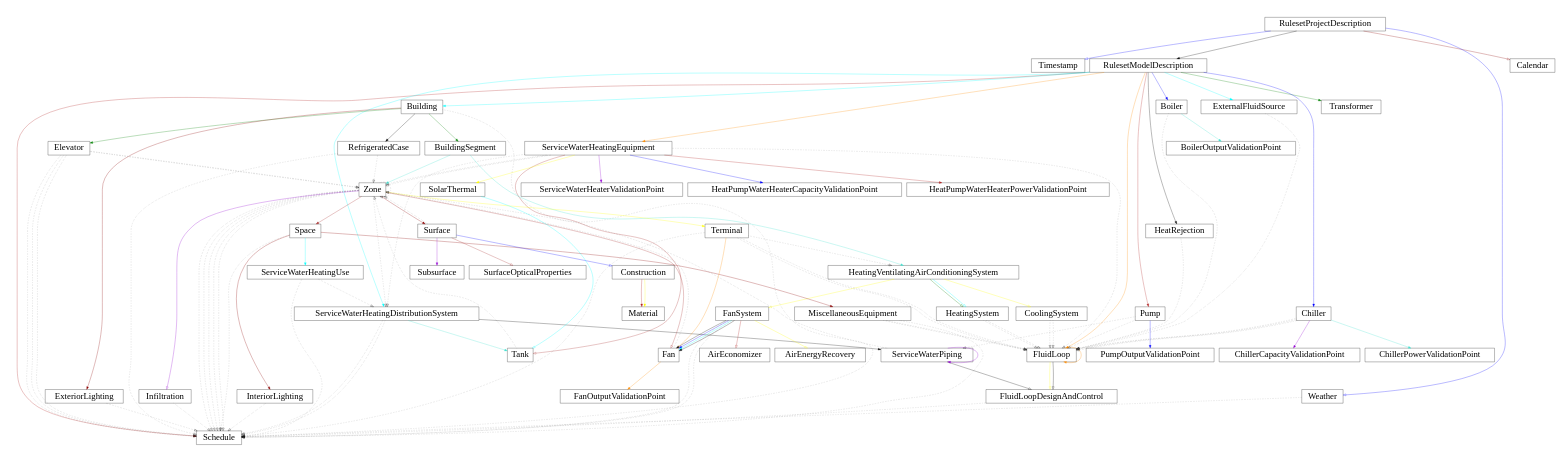
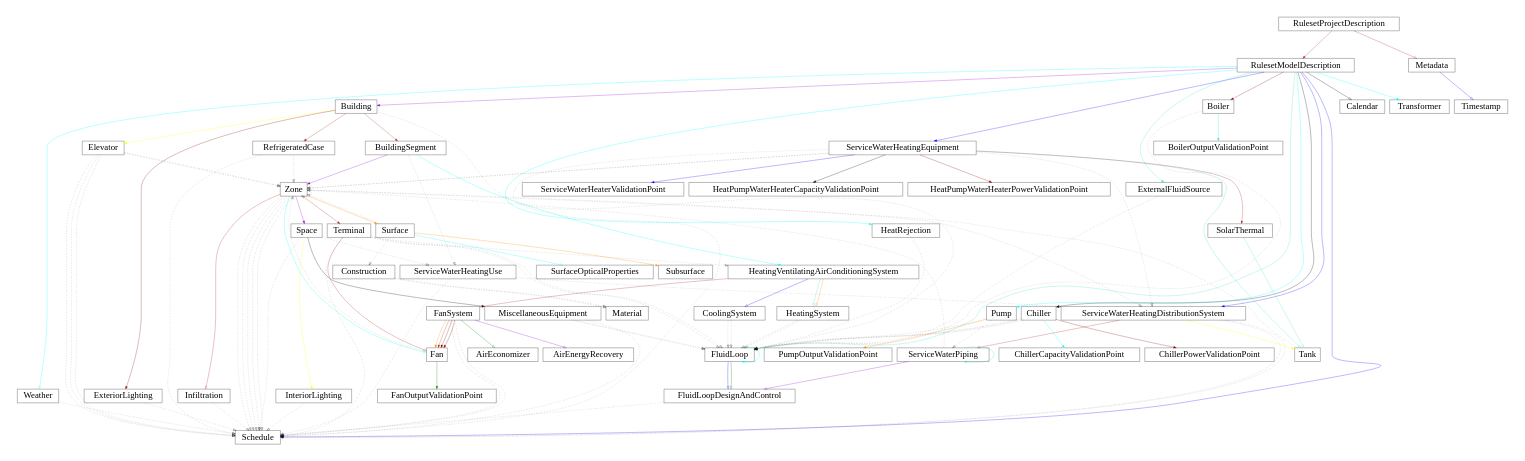
One commit to open229/ruleset-model-report-schema changed the diagram in docs229/ASHRAE229_connect.gv. Above: the diagram before and after it, drawn with Graphviz. The commit also changed 25 other files, not shown here.

```diff
--- a/docs229/ASHRAE229_connect.gv
+++ b/docs229/ASHRAE229_connect.gv
@@ -1,85 +1,88 @@
 digraph G {
     size="10, 10";
     ranksep="1.4";
-  RulesetProjectDescription -> Timestamp [arrowhead=empty color="blue"]
+  RulesetProjectDescription -> RulesetModelDescription [color="brown"]
   RulesetProjectDescription[fontsize="32" shape="box" height="0.7"]
+  RulesetModelDescription[fontsize="32" shape="box" height="0.7"]
+  RulesetProjectDescription -> Metadata [arrowhead=empty color="firebrick"]
+  Metadata[fontsize="32" shape="box" height="0.7"]
+  Metadata -> Timestamp [arrowhead=empty color="blue"]
   Timestamp[fontsize="32" shape="box" height="0.7"]
-  RulesetProjectDescription -> RulesetModelDescription [color="black"]
-  RulesetModelDescription[fontsize="32" shape="box" height="0.7"]
-  RulesetProjectDescription -> Calendar [arrowhead=empty color="darkred"]
+  RulesetModelDescription -> Transformer [color="cyan"]
+  Transformer[fontsize="32" shape="box" height="0.7"]
+  RulesetModelDescription -> Building [color="darkviolet"]
+  Building[fontsize="32" shape="box" height="0.7"]
+  RulesetModelDescription -> Schedule [color="blue"]
+  Schedule[fontsize="32" shape="box" height="0.7"]
+  RulesetModelDescription -> FluidLoop [color="turquoise"]
+  FluidLoop[fontsize="32" shape="box" height="0.7"]
+  RulesetModelDescription -> ServiceWaterHeatingDistributionSystem [color="blue"]
+  ServiceWaterHeatingDistributionSystem[fontsize="32" shape="box" height="0.7"]
+  RulesetModelDescription -> ServiceWaterHeatingEquipment [color="blue"]
+  ServiceWaterHeatingEquipment[fontsize="32" shape="box" height="0.7"]
+  RulesetModelDescription -> Pump [color="cyan"]
+  Pump[fontsize="32" shape="box" height="0.7"]
+  RulesetModelDescription -> Boiler [color="darkred"]
+  Boiler[fontsize="32" shape="box" height="0.7"]
+  RulesetModelDescription -> Chiller [color="black"]
+  Chiller[fontsize="32" shape="box" height="0.7"]
+  RulesetModelDescription -> HeatRejection [color="cyan"]
+  HeatRejection[fontsize="32" shape="box" height="0.7"]
+  RulesetModelDescription -> ExternalFluidSource [color="turquoise"]
+  ExternalFluidSource[fontsize="32" shape="box" height="0.7"]
+  RulesetModelDescription -> Calendar [arrowhead=empty color="black"]
   Calendar[fontsize="32" shape="box" height="0.7"]
-  RulesetProjectDescription -> Weather [arrowhead=empty color="blue"]
+  RulesetModelDescription -> Weather [arrowhead=empty color="cyan"]
   Weather[fontsize="32" shape="box" height="0.7"]
-  RulesetModelDescription -> Transformer [color="green"]
-  Transformer[fontsize="32" shape="box" height="0.7"]
-  RulesetModelDescription -> Building [color="cyan"]
-  Building[fontsize="32" shape="box" height="0.7"]
-  RulesetModelDescription -> Schedule [color="firebrick"]
-  Schedule[fontsize="32" shape="box" height="0.7"]
-  RulesetModelDescription -> FluidLoop [color="darkorange"]
-  FluidLoop[fontsize="32" shape="box" height="0.7"]
-  RulesetModelDescription -> ServiceWaterHeatingDistributionSystem [color="cyan"]
-  ServiceWaterHeatingDistributionSystem[fontsize="32" shape="box" height="0.7"]
-  RulesetModelDescription -> ServiceWaterHeatingEquipment [color="darkorange"]
-  ServiceWaterHeatingEquipment[fontsize="32" shape="box" height="0.7"]
-  RulesetModelDescription -> Pump [color="firebrick"]
-  Pump[fontsize="32" shape="box" height="0.7"]
-  RulesetModelDescription -> Boiler [color="blue"]
-  Boiler[fontsize="32" shape="box" height="0.7"]
-  RulesetModelDescription -> Chiller [color="blue"]
-  Chiller[fontsize="32" shape="box" height="0.7"]
-  RulesetModelDescription -> HeatRejection [color="black"]
-  HeatRejection[fontsize="32" shape="box" height="0.7"]
-  RulesetModelDescription -> ExternalFluidSource [color="cyan"]
-  ExternalFluidSource[fontsize="32" shape="box" height="0.7"]
-  Building -> BuildingSegment [color="green"]
+  Building -> BuildingSegment [color="brown"]
   BuildingSegment[fontsize="32" shape="box" height="0.7"]
-  Building -> Elevator [color="green"]
+  Building -> Elevator [color="yellow"]
   Elevator[fontsize="32" shape="box" height="0.7"]
   Building -> ExteriorLighting [color="darkred"]
   ExteriorLighting[fontsize="32" shape="box" height="0.7"]
-  Building -> RefrigeratedCase [color="black"]
+  Building -> RefrigeratedCase [color="firebrick"]
   RefrigeratedCase[fontsize="32" shape="box" height="0.7"]
   Building -> Schedule [style=dotted arrowhead=empty] 
-  BuildingSegment -> Zone [color="turquoise"]
+  BuildingSegment -> Zone [color="darkviolet"]
   Zone[fontsize="32" shape="box" height="0.7"]
-  BuildingSegment -> HeatingVentilatingAirConditioningSystem [color="turquoise"]
+  BuildingSegment -> HeatingVentilatingAirConditioningSystem [color="cyan"]
   HeatingVentilatingAirConditioningSystem[fontsize="32" shape="box" height="0.7"]
-  Zone -> Space [color="brown"]
+  BuildingSegment -> ServiceWaterHeatingUse [style=dotted arrowhead=empty] 
+  ServiceWaterHeatingUse[fontsize="32" shape="box" height="0.7"]
+  Zone -> Space [color="darkviolet"]
   Space[fontsize="32" shape="box" height="0.7"]
-  Zone -> Surface [color="darkred"]
+  Zone -> Surface [color="darkorange"]
   Surface[fontsize="32" shape="box" height="0.7"]
-  Zone -> Infiltration [arrowhead=empty color="darkviolet"]
+  Zone -> Infiltration [arrowhead=empty color="firebrick"]
   Infiltration[fontsize="32" shape="box" height="0.7"]
   Zone -> Schedule [style=dotted arrowhead=empty] 
   Zone -> Schedule [style=dotted arrowhead=empty] 
   Zone -> Schedule [style=dotted arrowhead=empty] 
   Zone -> Schedule [style=dotted arrowhead=empty] 
-  Zone -> Terminal [color="yellow"]
+  Zone -> Terminal [color="brown"]
   Terminal[fontsize="32" shape="box" height="0.7"]
   Zone -> ServiceWaterHeatingDistributionSystem [style=dotted arrowhead=empty] 
   Zone -> Zone [style=dotted arrowhead=empty] 
-  Zone -> Fan [arrowhead=empty color="brown"]
+  Zone -> Fan [arrowhead=empty color="cyan"]
   Fan[fontsize="32" shape="box" height="0.7"]
   Zone -> Schedule [style=dotted arrowhead=empty] 
-  Space -> InteriorLighting [color="darkred"]
+  Space -> InteriorLighting [color="yellow"]
   InteriorLighting[fontsize="32" shape="box" height="0.7"]
-  Space -> MiscellaneousEquipment [color="darkred"]
+  Space -> MiscellaneousEquipment [color="black"]
   MiscellaneousEquipment[fontsize="32" shape="box" height="0.7"]
   Space -> Schedule [style=dotted arrowhead=empty] 
-  Space -> ServiceWaterHeatingUse [color="cyan"]
-  ServiceWaterHeatingUse[fontsize="32" shape="box" height="0.7"]
+  Space -> ServiceWaterHeatingUse [style=dotted arrowhead=empty] 
   Infiltration -> Schedule [style=dotted arrowhead=empty] 
-  Surface -> Subsurface [color="darkviolet"]
+  Surface -> Subsurface [color="darkorange"]
   Subsurface[fontsize="32" shape="box" height="0.7"]
   Surface -> Zone [style=dotted arrowhead=empty] 
-  Surface -> Construction [arrowhead=empty color="blue"]
+  Surface -> Construction [style=dotted arrowhead=empty] 
   Construction[fontsize="32" shape="box" height="0.7"]
-  Surface -> SurfaceOpticalProperties [arrowhead=empty color="brown"]
+  Surface -> SurfaceOpticalProperties [arrowhead=empty color="cyan"]
   SurfaceOpticalProperties[fontsize="32" shape="box" height="0.7"]
-  Construction -> Material [color="firebrick"]
+  Construction -> Material [style=dotted arrowhead=empty] 
   Material[fontsize="32" shape="box" height="0.7"]
-  Construction -> Material [color="yellow"]
+  Construction -> Material [style=dotted arrowhead=empty] 
   InteriorLighting -> Schedule [style=dotted arrowhead=empty] 
   MiscellaneousEquipment -> Schedule [style=dotted arrowhead=empty] 
   MiscellaneousEquipment -> FluidLoop [style=dotted arrowhead=empty] 
@@ -90,78 +93,78 @@
   Elevator -> Schedule [style=dotted arrowhead=empty] 
   Elevator -> Schedule [style=dotted arrowhead=empty] 
   Elevator -> Schedule [style=dotted arrowhead=empty] 
-  HeatingVentilatingAirConditioningSystem -> FanSystem [arrowhead=empty color="yellow"]
+  HeatingVentilatingAirConditioningSystem -> FanSystem [arrowhead=empty color="firebrick"]
   FanSystem[fontsize="32" shape="box" height="0.7"]
-  HeatingVentilatingAirConditioningSystem -> HeatingSystem [arrowhead=empty color="green"]
+  HeatingVentilatingAirConditioningSystem -> HeatingSystem [arrowhead=empty color="turquoise"]
   HeatingSystem[fontsize="32" shape="box" height="0.7"]
-  HeatingVentilatingAirConditioningSystem -> CoolingSystem [arrowhead=empty color="yellow"]
+  HeatingVentilatingAirConditioningSystem -> CoolingSystem [arrowhead=empty color="blue"]
   CoolingSystem[fontsize="32" shape="box" height="0.7"]
-  HeatingVentilatingAirConditioningSystem -> HeatingSystem [arrowhead=empty color="cyan"]
+  HeatingVentilatingAirConditioningSystem -> HeatingSystem [arrowhead=empty color="darkorange"]
   HeatingSystem -> FluidLoop [style=dotted arrowhead=empty] 
   HeatingSystem -> FluidLoop [style=dotted arrowhead=empty] 
   CoolingSystem -> FluidLoop [style=dotted arrowhead=empty] 
   CoolingSystem -> FluidLoop [style=dotted arrowhead=empty] 
-  FanSystem -> Fan [color="black"]
-  FanSystem -> Fan [color="blue"]
-  FanSystem -> Fan [color="cyan"]
-  FanSystem -> Fan [color="black"]
-  FanSystem -> AirEconomizer [arrowhead=empty color="firebrick"]
+  FanSystem -> Fan [color="darkorange"]
+  FanSystem -> Fan [color="brown"]
+  FanSystem -> Fan [color="darkred"]
+  FanSystem -> Fan [color="darkred"]
+  FanSystem -> AirEconomizer [arrowhead=empty color="green"]
   AirEconomizer[fontsize="32" shape="box" height="0.7"]
-  FanSystem -> AirEnergyRecovery [arrowhead=empty color="yellow"]
+  FanSystem -> AirEnergyRecovery [arrowhead=empty color="darkviolet"]
   AirEnergyRecovery[fontsize="32" shape="box" height="0.7"]
   FanSystem -> Schedule [style=dotted arrowhead=empty] 
   FanSystem -> Schedule [style=dotted arrowhead=empty] 
   Fan -> Zone [style=dotted arrowhead=empty] 
-  Fan -> FanOutputValidationPoint [color="darkorange"]
+  Fan -> FanOutputValidationPoint [color="green"]
   FanOutputValidationPoint[fontsize="32" shape="box" height="0.7"]
   Terminal -> HeatingVentilatingAirConditioningSystem [style=dotted arrowhead=empty] 
   Terminal -> FluidLoop [style=dotted arrowhead=empty] 
   Terminal -> FluidLoop [style=dotted arrowhead=empty] 
-  Terminal -> Fan [arrowhead=empty color="darkorange"]
+  Terminal -> Fan [arrowhead=empty color="firebrick"]
   Terminal -> Schedule [style=dotted arrowhead=empty] 
-  FluidLoop -> FluidLoop [color="darkorange"]
-  FluidLoop -> FluidLoopDesignAndControl [arrowhead=empty color="yellow"]
+  FluidLoop -> FluidLoop [color="cyan"]
+  FluidLoop -> FluidLoopDesignAndControl [arrowhead=empty color="blue"]
   FluidLoopDesignAndControl[fontsize="32" shape="box" height="0.7"]
-  FluidLoop -> FluidLoopDesignAndControl [arrowhead=empty color="black"]
+  FluidLoop -> FluidLoopDesignAndControl [arrowhead=empty color="green"]
   FluidLoopDesignAndControl -> Schedule [style=dotted arrowhead=empty] 
   Pump -> FluidLoop [style=dotted arrowhead=empty] 
   Pump -> ServiceWaterPiping [style=dotted arrowhead=empty] 
   ServiceWaterPiping[fontsize="32" shape="box" height="0.7"]
-  Pump -> PumpOutputValidationPoint [color="blue"]
+  Pump -> PumpOutputValidationPoint [color="darkorange"]
   PumpOutputValidationPoint[fontsize="32" shape="box" height="0.7"]
   Boiler -> FluidLoop [style=dotted arrowhead=empty] 
   Boiler -> BoilerOutputValidationPoint [color="turquoise"]
   BoilerOutputValidationPoint[fontsize="32" shape="box" height="0.7"]
   Chiller -> FluidLoop [style=dotted arrowhead=empty] 
   Chiller -> FluidLoop [style=dotted arrowhead=empty] 
-  Chiller -> ChillerCapacityValidationPoint [color="darkviolet"]
+  Chiller -> ChillerCapacityValidationPoint [color="cyan"]
   ChillerCapacityValidationPoint[fontsize="32" shape="box" height="0.7"]
-  Chiller -> ChillerPowerValidationPoint [color="turquoise"]
+  Chiller -> ChillerPowerValidationPoint [color="darkred"]
   ChillerPowerValidationPoint[fontsize="32" shape="box" height="0.7"]
   Chiller -> FluidLoop [style=dotted arrowhead=empty] 
   HeatRejection -> FluidLoop [style=dotted arrowhead=empty] 
   ExternalFluidSource -> FluidLoop [style=dotted arrowhead=empty] 
-  ServiceWaterHeatingDistributionSystem -> Tank [color="turquoise"]
+  ServiceWaterHeatingDistributionSystem -> Tank [color="yellow"]
   Tank[fontsize="32" shape="box" height="0.7"]
-  ServiceWaterHeatingDistributionSystem -> ServiceWaterPiping [color="black"]
+  ServiceWaterHeatingDistributionSystem -> ServiceWaterPiping [arrowhead=empty color="brown"]
   ServiceWaterHeatingDistributionSystem -> Schedule [style=dotted arrowhead=empty] 
   ServiceWaterHeatingDistributionSystem -> Schedule [style=dotted arrowhead=empty] 
   ServiceWaterPiping -> Zone [style=dotted arrowhead=empty] 
-  ServiceWaterPiping -> ServiceWaterPiping [color="darkviolet"]
-  ServiceWaterPiping -> FluidLoopDesignAndControl [arrowhead=empty color="black"]
-  SolarThermal -> Tank [arrowhead=empty color="cyan"]
+  ServiceWaterPiping -> ServiceWaterPiping [color="turquoise"]
+  ServiceWaterPiping -> FluidLoopDesignAndControl [arrowhead=empty color="darkviolet"]
+  SolarThermal -> Tank [arrowhead=empty color="turquoise"]
   SolarThermal[fontsize="32" shape="box" height="0.7"]
   ServiceWaterHeatingEquipment -> ServiceWaterHeatingDistributionSystem [style=dotted arrowhead=empty] 
-  ServiceWaterHeatingEquipment -> ServiceWaterHeaterValidationPoint [color="darkviolet"]
+  ServiceWaterHeatingEquipment -> ServiceWaterHeaterValidationPoint [color="blue"]
   ServiceWaterHeaterValidationPoint[fontsize="32" shape="box" height="0.7"]
   ServiceWaterHeatingEquipment -> Zone [style=dotted arrowhead=empty] 
   ServiceWaterHeatingEquipment -> Zone [style=dotted arrowhead=empty] 
-  ServiceWaterHeatingEquipment -> HeatPumpWaterHeaterCapacityValidationPoint [color="blue"]
+  ServiceWaterHeatingEquipment -> HeatPumpWaterHeaterCapacityValidationPoint [color="black"]
   HeatPumpWaterHeaterCapacityValidationPoint[fontsize="32" shape="box" height="0.7"]
-  ServiceWaterHeatingEquipment -> HeatPumpWaterHeaterPowerValidationPoint [color="firebrick"]
+  ServiceWaterHeatingEquipment -> HeatPumpWaterHeaterPowerValidationPoint [color="darkred"]
   HeatPumpWaterHeaterPowerValidationPoint[fontsize="32" shape="box" height="0.7"]
-  ServiceWaterHeatingEquipment -> Tank [arrowhead=empty color="brown"]
-  ServiceWaterHeatingEquipment -> SolarThermal [color="yellow"]
+  ServiceWaterHeatingEquipment -> Tank [arrowhead=empty color="turquoise"]
+  ServiceWaterHeatingEquipment -> SolarThermal [color="firebrick"]
   ServiceWaterHeatingEquipment -> FluidLoop [style=dotted arrowhead=empty] 
   Tank -> Zone [style=dotted arrowhead=empty] 
   ServiceWaterHeatingUse -> ServiceWaterHeatingDistributionSystem [style=dotted arrowhead=empty] 
```
